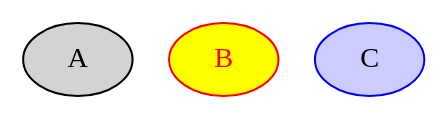
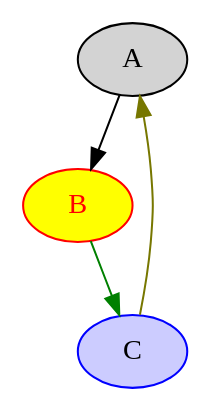
Before and after one commit to libyui/libyui: the diagram in libyui-qt-graph/examples/colors.dot, drawn with Graphviz.

Commit message:
- extended example
svn path=/trunk/qt-graph/; revision=54890

```diff
--- a/libyui-qt-graph/examples/colors.dot
+++ b/libyui-qt-graph/examples/colors.dot
@@ -1,8 +1,12 @@
 digraph
 {
     node [style="filled"];
 
     A;
     B [color="red", fillcolor="yellow", fontcolor="red"];
     C [color="#0000ff", fillcolor="#ccccff", fontcolor="#000000"];
+
+    A -> B;
+    B -> C [color="green"];
+    C -> A [color="#777700"];
 }
```
